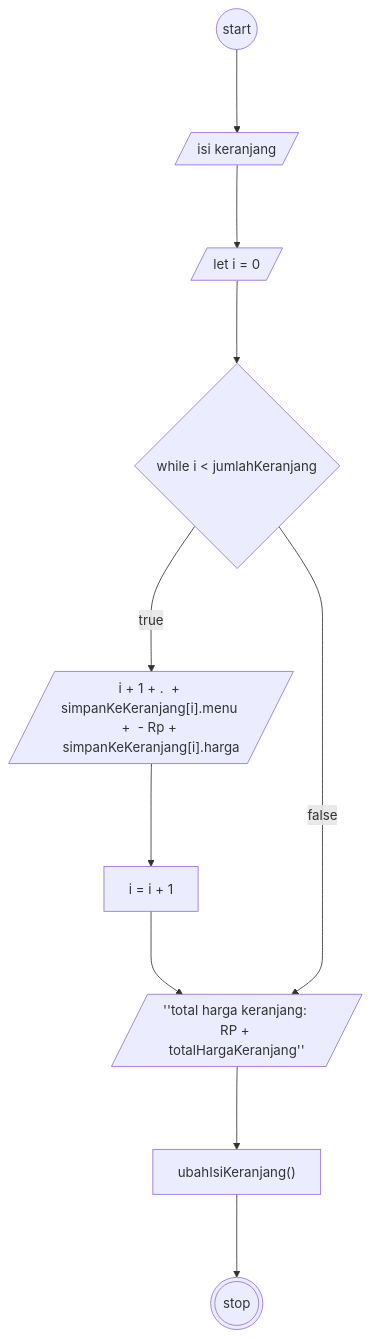
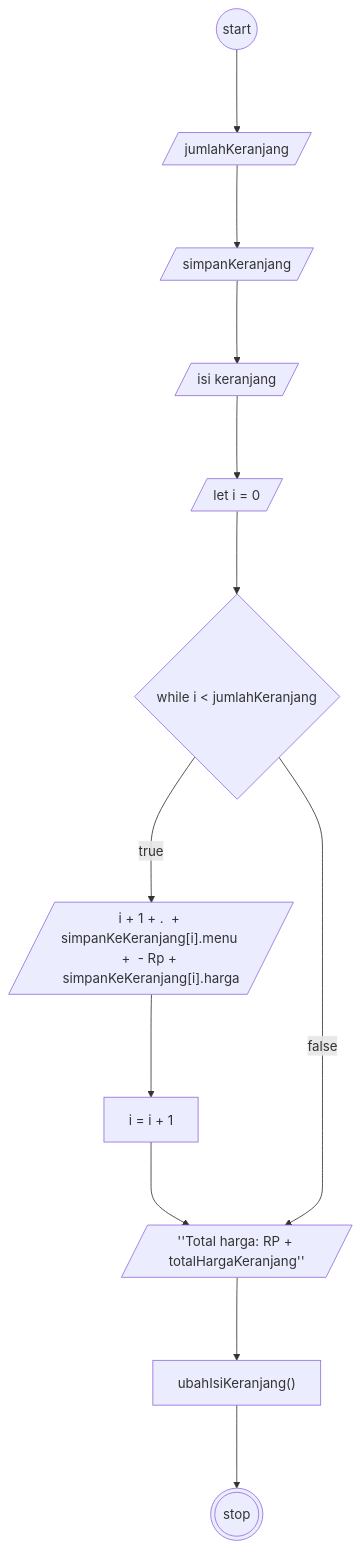
Before and after one commit to VirgilIw/koda-b4-homework1: the diagram in flowchartKeranjang.md, drawn with Mermaid.

````diff
--- a/flowchartKeranjang.md
+++ b/flowchartKeranjang.md
@@ -3,33 +3,36 @@
 ```mermaid
 flowchart TB
 
 start((start))
 
 stop(((stop)))
 
 log1@{shape: lean-r, label: isi keranjang}
 
+let1@{shape: lean-r , label: jumlahKeranjang}
+let2@{shape: lean-r, label: simpanKeranjang}
+
 letI@{shape: lean-r, label: let i = 0}
 
 while@{shape: diamond, label: "while i < jumlahKeranjang"}
 
 log2@{shape: lean-r, label: "i + 1 + .  + simpanKeKeranjang[i].menu +  - Rp + simpanKeKeranjang[i].harga"}
 
 iTambah@{shape: rect, label: i = i + 1}
 
-log3[/''total harga keranjang: RP + totalHargaKeranjang''/]
+log3[/''Total harga: RP + totalHargaKeranjang''/]
 
 isiKeran@{shape: rect, label: ubahIsiKeranjang() }
 
 
 
-
-start--->log1--->letI
+start--->let1--->let2
+let2--->log1--->letI
 letI--->while--true--->log2
 
 log2--->iTambah--->log3
 log3--->isiKeran--->stop
 while--false--->log3
 
 
 ```
````
